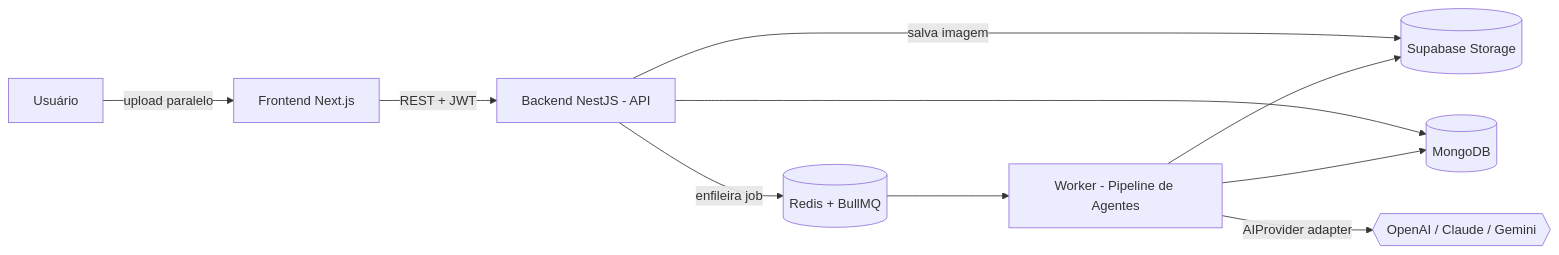
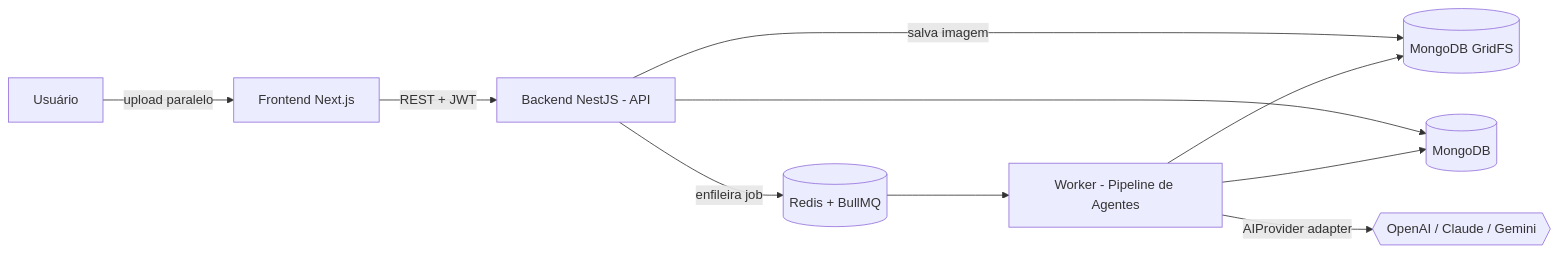
One commit to gutooz/tecno_plus changed the first of 2 diagrams in README.md. Above: the diagram before and after it, drawn with Mermaid. The commit also changed other lines of this file and 9 other files, not shown here.

First line of the commit message:
refactor(storage): replace Supabase Storage with MongoDB GridFS

````diff
--- a/README.md
+++ b/README.md
@@ -37,12 +37,12 @@
 ```mermaid
 flowchart LR
   U[Usuário] -->|upload paralelo| FE[Frontend Next.js]
   FE -->|REST + JWT| API[Backend NestJS - API]
-  API -->|salva imagem| ST[(Supabase Storage)]
+  API -->|salva imagem| ST[(MongoDB GridFS)]
   API -->|enfileira job| Q[(Redis + BullMQ)]
   API --> DB[(MongoDB)]
   Q --> W[Worker - Pipeline de Agentes]
   W --> DB
   W --> ST
   W -->|AIProvider adapter| AI{{OpenAI / Claude / Gemini}}
 ```
````
